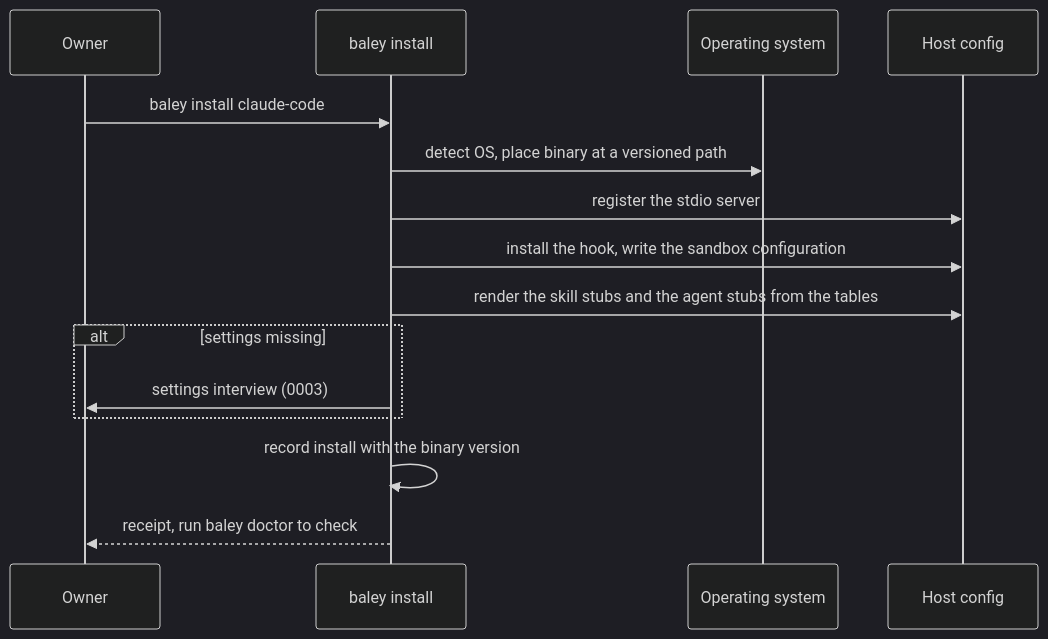
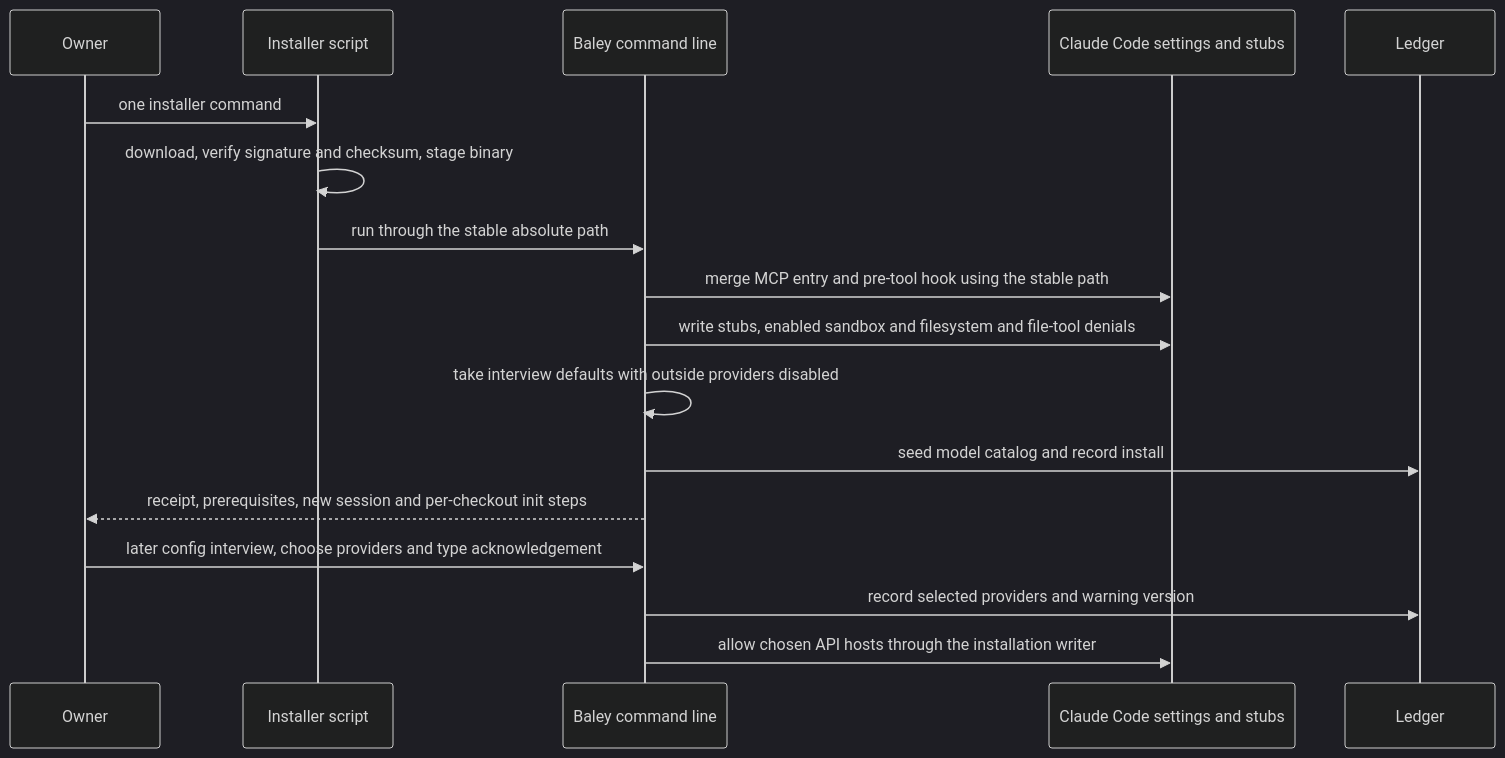
The seventh of 8 diagrams in docs/design/0012-host-interface.md (crenshawdev/baley), drawn with Mermaid (dark theme) before and after one commit. The commit also changed other lines of this file and 1 other file, not shown here.

First line of the commit message:
docs(design): specify installation and update activation

````diff
--- a/docs/design/0012-host-interface.md
+++ b/docs/design/0012-host-interface.md
@@ -337,17 +390,19 @@
 ```mermaid
 sequenceDiagram
   participant O as Owner
-  participant B as baley install
-  participant OS as Operating system
-  participant HC as Host config
-  O->>B: baley install claude-code
-  B->>OS: detect OS, place binary at a versioned path
-  B->>HC: register the stdio server
-  B->>HC: install the hook, write the sandbox configuration
-  B->>HC: render the skill stubs and the agent stubs from the tables
-  alt settings missing
-    B->>O: settings interview (0003)
-  end
-  B->>B: record install with the binary version
-  B-->>O: receipt, run baley doctor to check
+  participant I as Installer script
+  participant B as Baley command line
+  participant HC as Claude Code settings and stubs
+  participant L as Ledger
+  O->>I: one installer command
+  I->>I: download, verify signature and checksum, stage binary
+  I->>B: run through the stable absolute path
+  B->>HC: merge MCP entry and pre-tool hook using the stable path
+  B->>HC: write stubs, enabled sandbox and filesystem and file-tool denials
+  B->>B: take interview defaults with outside providers disabled
+  B->>L: seed model catalog and record install
+  B-->>O: receipt, prerequisites, new session and per-checkout init steps
+  O->>B: later config interview, choose providers and type acknowledgement
+  B->>L: record selected providers and warning version
+  B->>HC: allow chosen API hosts through the installation writer
 ```
````
